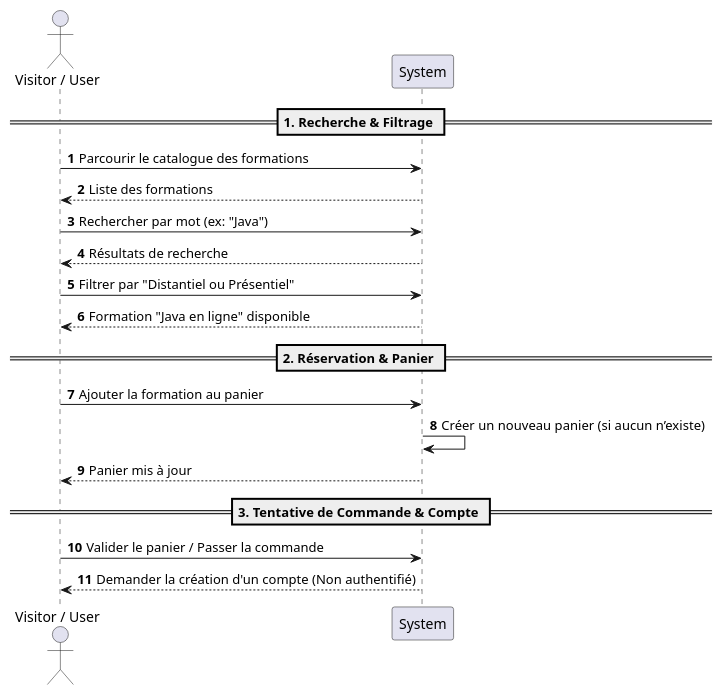
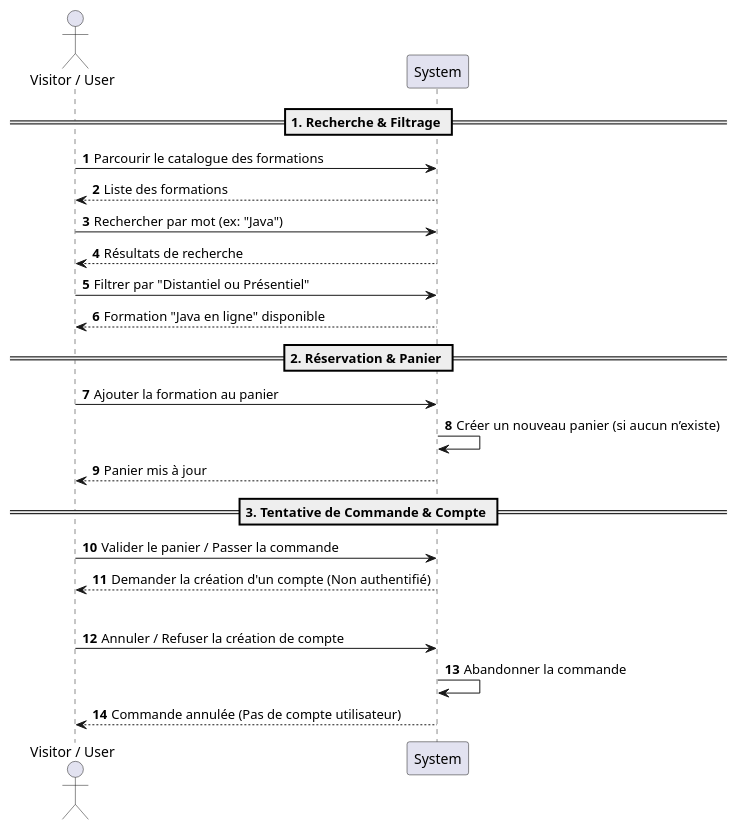
One commit to albanmartel/evaluation_metier_java changed the diagram in doc/uml/3-sequence/sequence_diagram_for-the-Training_Sales-Application.puml. Above: the diagram before and after it, drawn with PlantUML.

Commit message:
Mise à jour avec ajout d'un scénario alternatir la création du compte abandonnée.

```diff
--- a/doc/uml/3-sequence/sequence_diagram_for-the-Training_Sales-Application.puml
+++ b/doc/uml/3-sequence/sequence_diagram_for-the-Training_Sales-Application.puml
@@ -1,24 +1,30 @@
 @startuml
 autonumber
 actor "Visitor / User" as V
 participant "System" as S
 
 == 1. Recherche & Filtrage ==
 V -> S: Parcourir le catalogue des formations
 S --> V: Liste des formations
 
 V -> S: Rechercher par mot (ex: "Java")
 S --> V: Résultats de recherche
 
 V -> S: Filtrer par "Distantiel ou Présentiel"
 S --> V: Formation "Java en ligne" disponible
 
 == 2. Réservation & Panier ==
 V -> S: Ajouter la formation au panier
 S -> S: Créer un nouveau panier (si aucun n’existe)
 S --> V: Panier mis à jour
 
 == 3. Tentative de Commande & Compte ==
 V -> S: Valider le panier / Passer la commande
 S --> V: Demander la création d'un compte (Non authentifié)
+
+alt Scénario Alternatif 1 : Abandon lors de la création de compte
+    V -> S: Annuler / Refuser la création de compte
+    S -> S: Abandonner la commande
+    S --> V: Commande annulée (Pas de compte utilisateur)
+    
 @enduml
```
